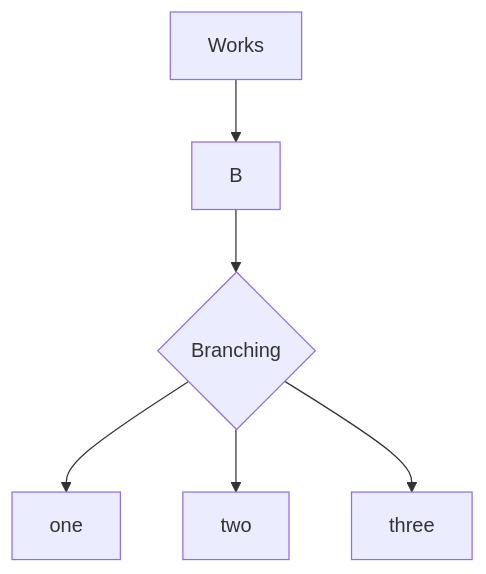
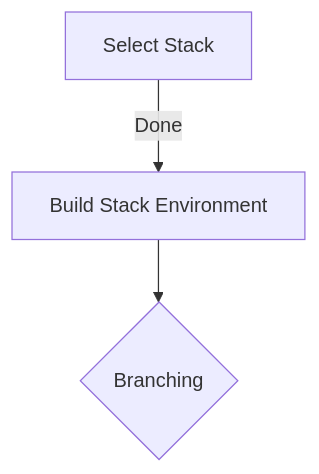
The diagram in mermaid.mmd (scottwedge/ExaminationSystem), drawn with Mermaid before and after one commit.

Commit message:
edited mermaid :tropical_fish:

```diff
--- a/mermaid.mmd
+++ b/mermaid.mmd
@@ -1,7 +1,4 @@
 
 graph TD
-    A[Works] --> B
+    A[Select Stack] --> |Done| B[Build Stack Environment]
     B --> C{Branching}
-    C --> D[one]
-    C --> E[two]
-    C --> F[three]
```
